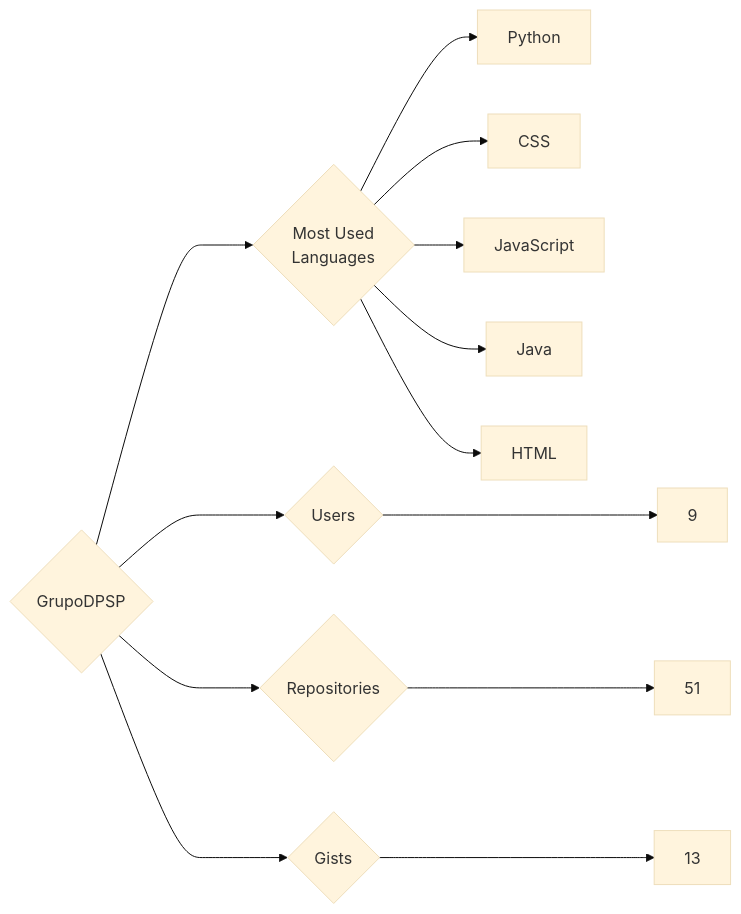
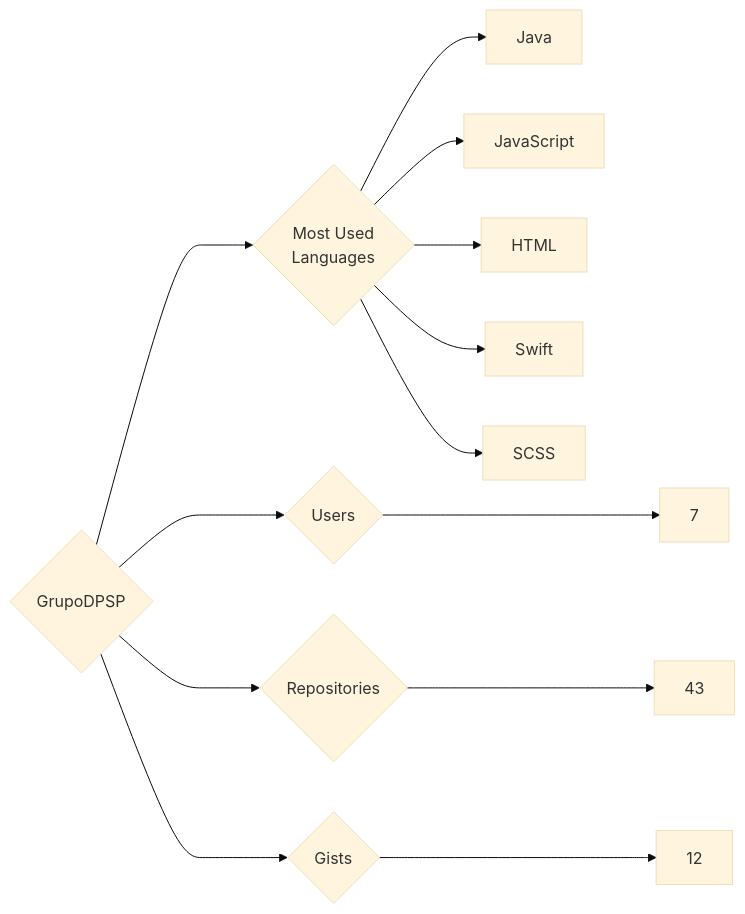
One commit to trickest/insiders changed the diagram in targets/GrupoDPSP/README.md. Above: the diagram before and after it, drawn with Mermaid (base theme). The commit also changed 1088 other files, not shown here.

````diff
--- a/targets/GrupoDPSP/README.md
+++ b/targets/GrupoDPSP/README.md
@@ -3,13 +3,13 @@
 ```mermaid
 graph LR
 COMPANY_NAME{GrupoDPSP}
-COMPANY_NAME ---> U{Users} ---> UN[9]
-COMPANY_NAME ---> R{Repositories} ---> RN[51]
-COMPANY_NAME ---> G{Gists} ---> GN[13]
+COMPANY_NAME ---> U{Users} ---> UN[7]
+COMPANY_NAME ---> R{Repositories} ---> RN[43]
+COMPANY_NAME ---> G{Gists} ---> GN[12]
 COMPANY_NAME ---> ML{Most Used<br>Languages}
-ML --> Python[Python]
-ML --> CSS[CSS]
+ML --> Java[Java]
 ML --> JavaScript[JavaScript]
-ML --> Java[Java]
 ML --> HTML[HTML]
+ML --> Swift[Swift]
+ML --> SCSS[SCSS]
 ```
````
